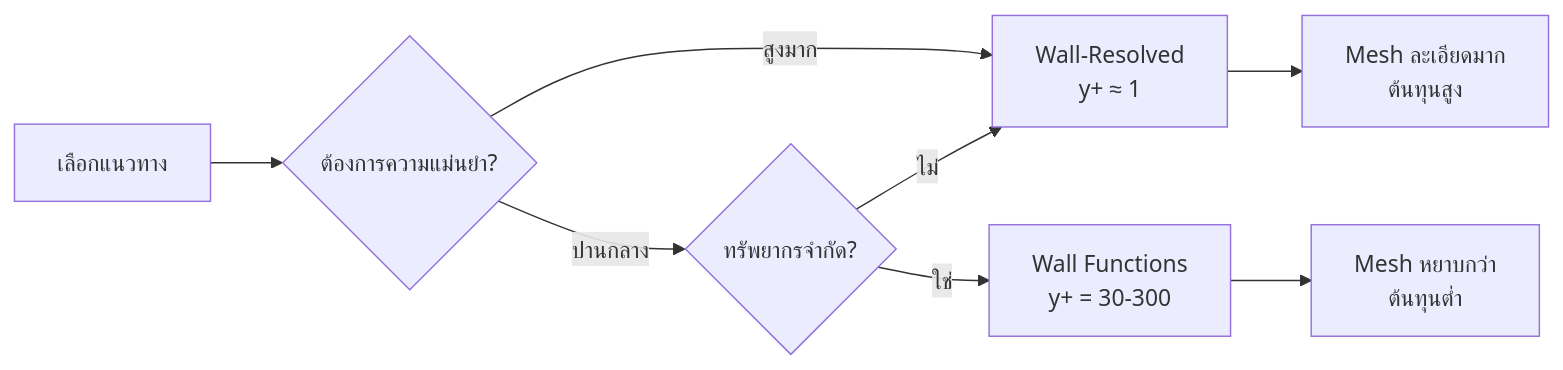
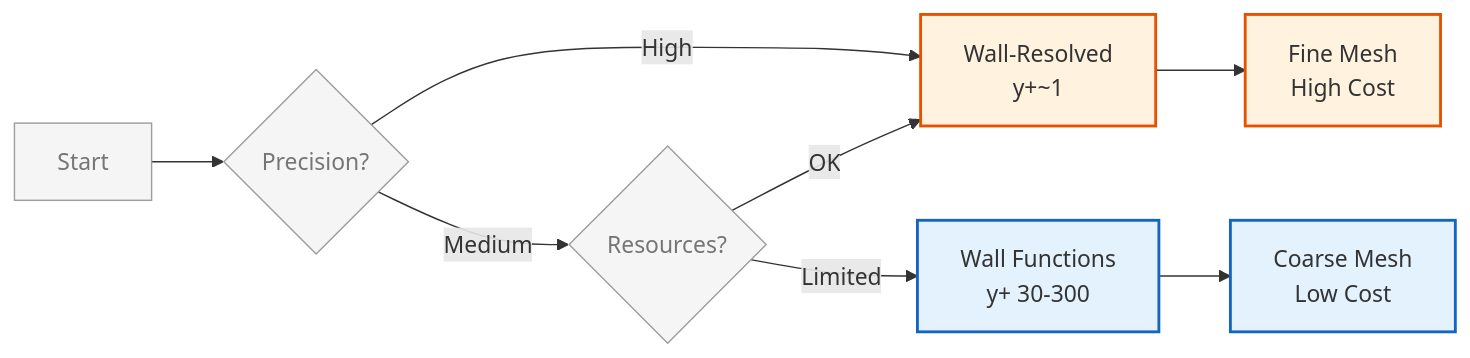
Before and after one commit to wramet/build-my-cfd: the second of 3 diagrams in MODULE_03_SINGLE_PHASE_FLOW/CONTENT/03_TURBULENCE_MODELING/03_Wall_Treatment.md, drawn with Mermaid. The commit also changed other lines of this file and 313 other files, not shown here.

Commit message:
Revise all diagram

````diff
--- a/MODULE_03_SINGLE_PHASE_FLOW/CONTENT/03_TURBULENCE_MODELING/03_Wall_Treatment.md
+++ b/MODULE_03_SINGLE_PHASE_FLOW/CONTENT/03_TURBULENCE_MODELING/03_Wall_Treatment.md
@@ -114,11 +117,15 @@
 ```mermaid
-graph LR
-    A[เลือกแนวทาง] --> B{ต้องการความแม่นยำ?}
-    B -->|สูงมาก| C[Wall-Resolved<br/>y+ ≈ 1]
-    B -->|ปานกลาง| D{ทรัพยากรจำกัด?}
-    D -->|ใช่| E[Wall Functions<br/>y+ = 30-300]
-    D -->|ไม่| C
-
-    C --> F[Mesh ละเอียดมาก<br/>ต้นทุนสูง]
-    E --> G[Mesh หยาบกว่า<br/>ต้นทุนต่ำ]
+flowchart LR
+%% Classes
+classDef explicit fill:#fff3e0,stroke:#e65100,stroke-width:2px;
+classDef implicit fill:#e3f2fd,stroke:#1565c0,stroke-width:2px;
+classDef context fill:#f5f5f5,stroke:#9e9e9e,stroke-width:1px,color:#757575;
+%% Nodes
+A[Start]:::context --> B{Precision?}:::context
+B -->|High| C[Wall-Resolved<br/>y+~1]:::explicit
+B -->|Medium| D{Resources?}:::context
+D -->|Limited| E[Wall Functions<br/>y+ 30-300]:::implicit
+D -->|OK| C
+C --> F[Fine Mesh<br/>High Cost]:::explicit
+E --> G[Coarse Mesh<br/>Low Cost]:::implicit
 ```
````
